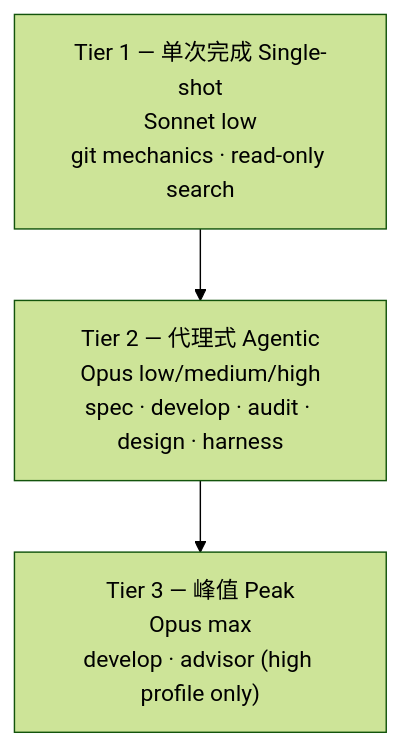
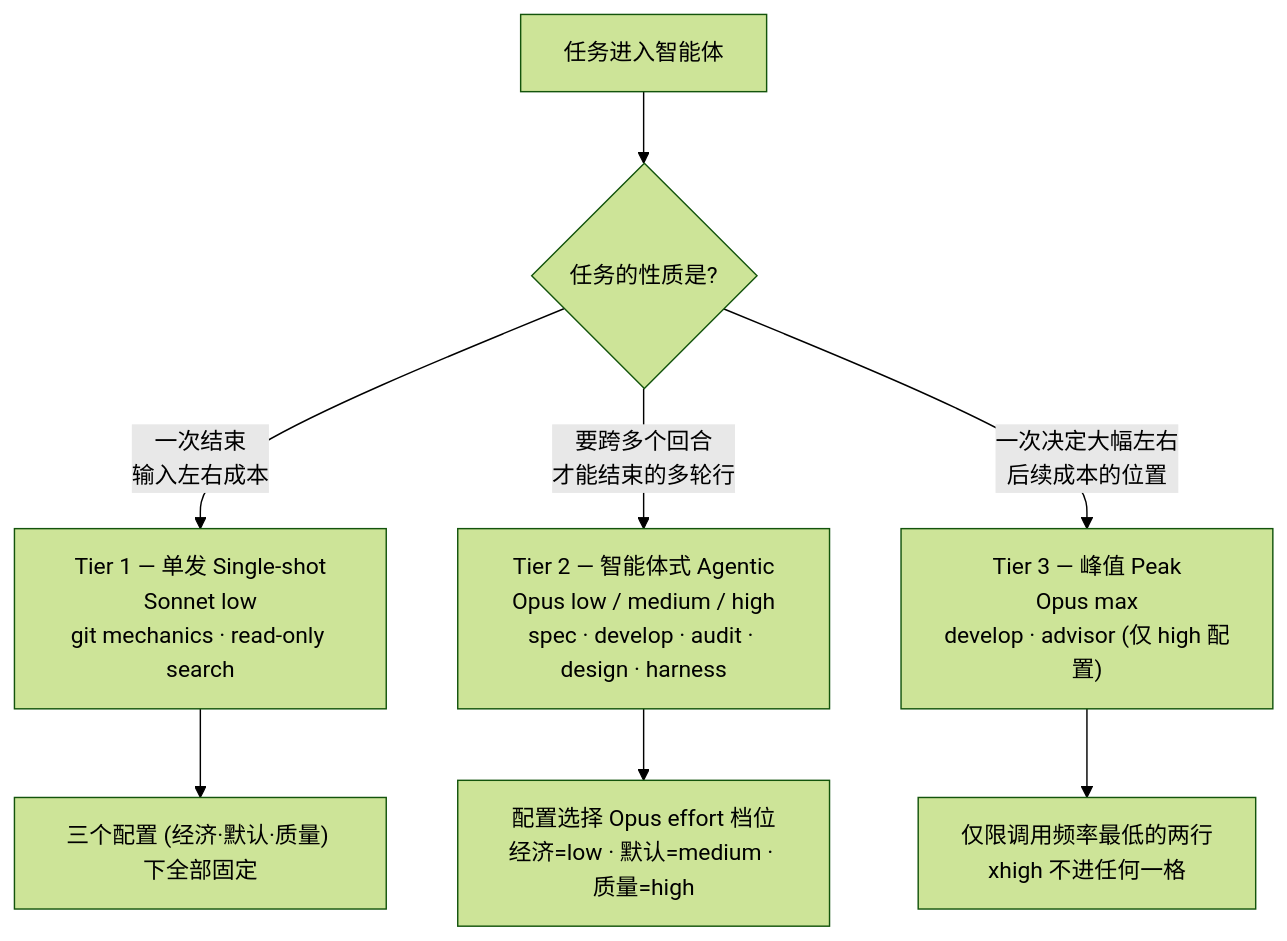
The second of 2 diagrams in docs-site/content/zh/advanced/no-haiku-3tier.md (modu-ai/moai-adk), drawn with Mermaid (forest theme) before and after one commit. The commit also changed other lines of this file and 25 other files, not shown here.

````diff
--- a/docs-site/content/zh/advanced/no-haiku-3tier.md
+++ b/docs-site/content/zh/advanced/no-haiku-3tier.md
@@ -40,8 +72,15 @@
 ```mermaid
 flowchart TD
-    T1["Tier 1 — 单次完成 Single-shot<br/>Sonnet low<br/>git mechanics · read-only search"]
-    T2["Tier 2 — 代理式 Agentic<br/>Opus low/medium/high<br/>spec · develop · audit · design · harness"]
-    T3["Tier 3 — 峰值 Peak<br/>Opus max<br/>develop · advisor (high profile only)"]
+    START["任务进入智能体"] --> Q{"任务的性质是?"}
+    Q -- "一次结束<br/>输入左右成本" --> T1
+    Q -- "要跨多个回合<br/>才能结束的多轮行" --> T2
+    Q -- "一次决定大幅左右<br/>后续成本的位置" --> T3
 
-    T1 --> T2 --> T3
+    T1["Tier 1 — 单发 Single-shot<br/>Sonnet low<br/>git mechanics · read-only search"]
+    T2["Tier 2 — 智能体式 Agentic<br/>Opus low / medium / high<br/>spec · develop · audit · design · harness"]
+    T3["Tier 3 — 峰值 Peak<br/>Opus max<br/>develop · advisor (仅 high 配置)"]
+
+    T1 --> NOTE["三个配置 (经济·默认·质量) 下全部固定"]
+    T2 --> NOTE2["配置选择 Opus effort 档位<br/>经济=low · 默认=medium · 质量=high"]
+    T3 --> NOTE3["仅限调用频率最低的两行<br/>xhigh 不进任何一格"]
 ```
````
